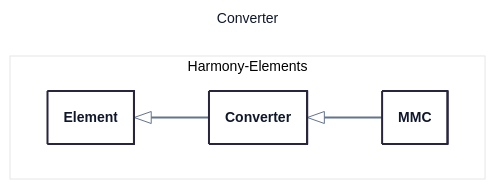
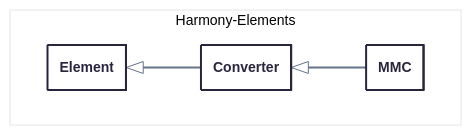
One commit to yiquintero/tmp changed the fourth of 11 diagrams in class_diagram.md. Above: the diagram before and after it, drawn with Mermaid. The commit also changed other lines of this file, not shown here.

First line of the commit message:
Refactor mermaid diagrams in class_diagram.md

````diff
--- a/class_diagram.md
+++ b/class_diagram.md
@@ -149,26 +153,20 @@
 ```mermaid
 ---
-title: Converter
 config:
   theme: redux-color
   themeVariables:
-    fontFamily: Segoe UI, -apple-system, BlinkMacSystemFont, sans-serif
     lineColor: "#64748B"
-    primaryTextColor: "#0F172A"
-  flowchart:
-    wrappingWidth: 450
   class:
     hideEmptyMembersBox: true
-    padding: 16
 ---
 classDiagram
   namespace Harmony-Elements {
     class Element {}
   }
   namespace Harmony-Elements {
     class Converter {}
     class MMC {}
   }
   Element <|-- Converter
   Converter <|-- MMC 
 ```
````
